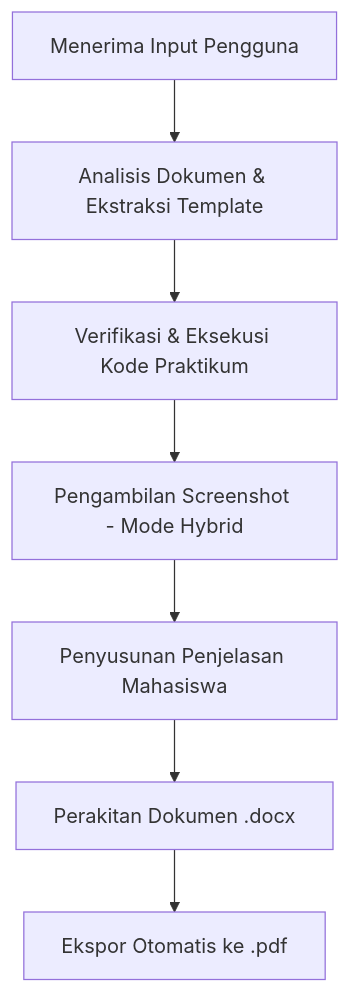
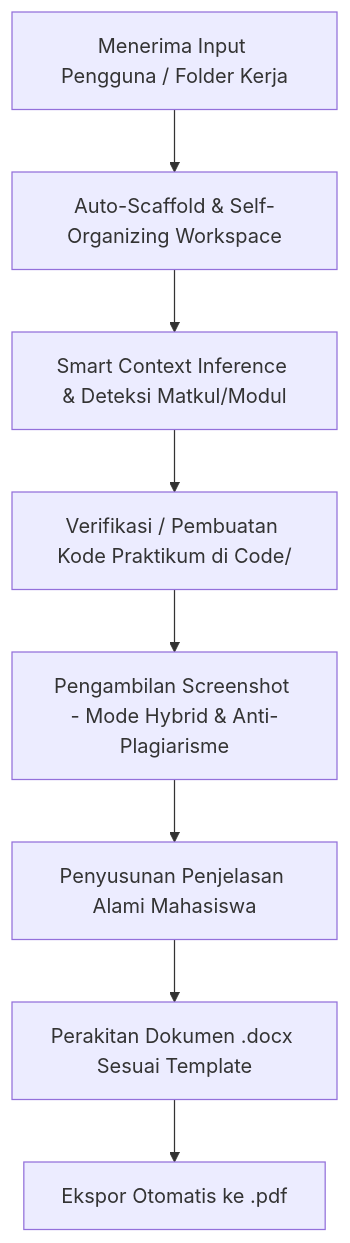
One commit to SatriaBaktiWijaya/NgeLaprak changed the diagram in SKILL.md. Above: the diagram before and after it, drawn with Mermaid. The commit also changed other lines of this file and 12 other files, not shown here.

Commit message:
feat: add smart context auto-detection and autonomous workspace self-organization

````diff
--- a/SKILL.md
+++ b/SKILL.md
@@ -16,9 +18,10 @@
 ```mermaid
 graph TD
-    A[Menerima Input Pengguna] --> B[Analisis Dokumen & Ekstraksi Template]
-    B --> C[Verifikasi & Eksekusi Kode Praktikum]
-    C --> D[Pengambilan Screenshot - Mode Hybrid]
-    D --> E[Penyusunan Penjelasan Mahasiswa]
-    E --> F[Perakitan Dokumen .docx]
-    F --> G[Ekspor Otomatis ke .pdf]
+    A[Menerima Input Pengguna / Folder Kerja] --> B[Auto-Scaffold & Self-Organizing Workspace]
+    B --> C[Smart Context Inference & Deteksi Matkul/Modul]
+    C --> D[Verifikasi / Pembuatan Kode Praktikum di Code/]
+    D --> E[Pengambilan Screenshot - Mode Hybrid & Anti-Plagiarisme]
+    E --> F[Penyusunan Penjelasan Alami Mahasiswa]
+    F --> G[Perakitan Dokumen .docx Sesuai Template]
+    G --> H[Ekspor Otomatis ke .pdf]
 ```
````
